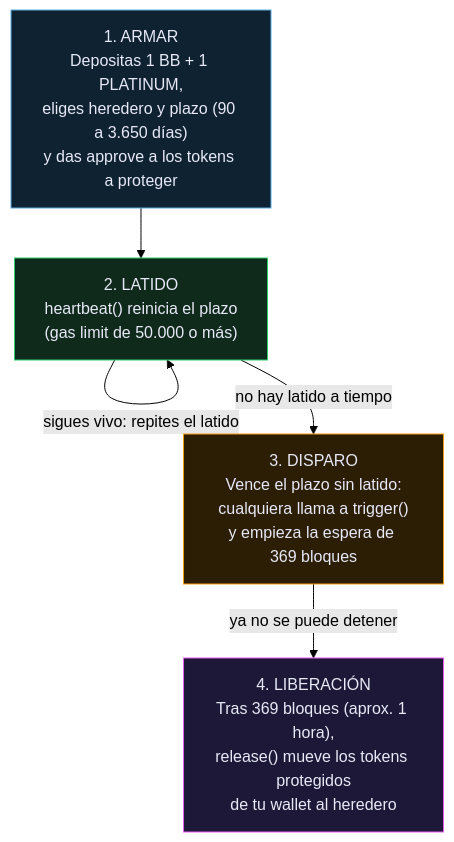
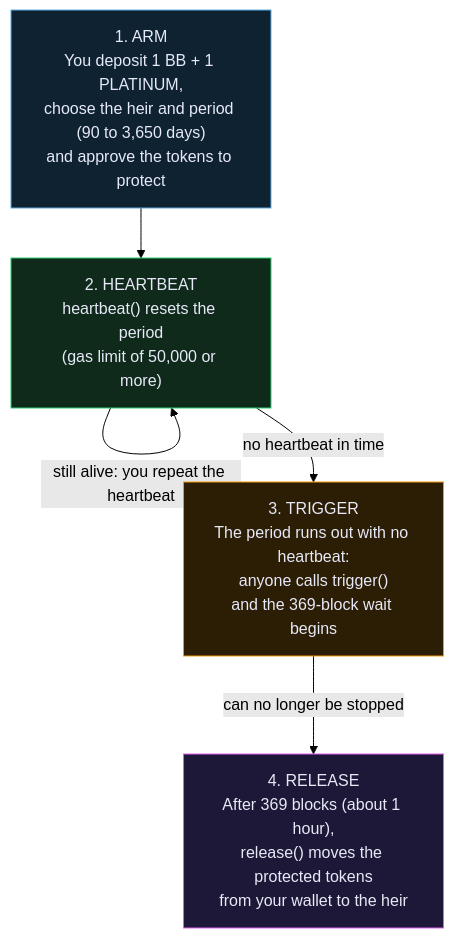
The diagram in assets/diagrams/platinum-switch.mmd (yvybitec-Bigbot/bigbot-project), drawn with Mermaid (forest theme) before and after one commit. The commit also changed 10 other files, not shown here.

Commit message:
Platinum: translate section, ecosystem map and security/review into English; re-render diagrams in English; add 3 illustrations (swap, dead man's switch, ecosystem) as WebP

```diff
--- a/assets/diagrams/platinum-switch.mmd
+++ b/assets/diagrams/platinum-switch.mmd
@@ -1,28 +1,28 @@
 flowchart TD
-  A["1. ARMAR
-Depositas 1 BB + 1 PLATINUM,
-eliges heredero y plazo (90 a 3.650 días)
-y das approve a los tokens a proteger"]
-  B["2. LATIDO
-heartbeat() reinicia el plazo
-(gas limit de 50.000 o más)"]
-  C["3. DISPARO
-Vence el plazo sin latido:
-cualquiera llama a trigger()
-y empieza la espera de 369 bloques"]
-  R["4. LIBERACIÓN
-Tras 369 bloques (aprox. 1 hora),
-release() mueve los tokens protegidos
-de tu wallet al heredero"]
+  A["1. ARM
+You deposit 1 BB + 1 PLATINUM,
+choose the heir and period (90 to 3,650 days)
+and approve the tokens to protect"]
+  B["2. HEARTBEAT
+heartbeat() resets the period
+(gas limit of 50,000 or more)"]
+  C["3. TRIGGER
+The period runs out with no heartbeat:
+anyone calls trigger()
+and the 369-block wait begins"]
+  R["4. RELEASE
+After 369 blocks (about 1 hour),
+release() moves the protected tokens
+from your wallet to the heir"]
   A --> B
-  B -- "sigues vivo: repites el latido" --> B
-  B -- "no hay latido a tiempo" --> C
-  C -- "ya no se puede detener" --> R
+  B -- "still alive: you repeat the heartbeat" --> B
+  B -- "no heartbeat in time" --> C
+  C -- "can no longer be stopped" --> R
   classDef arm fill:#0f2232,stroke:#5dade2,color:#e7e9f7
   classDef ok fill:#0f2a1b,stroke:#2ecc71,color:#e7e9f7
   classDef warn fill:#2c1d05,stroke:#f39c12,color:#e7e9f7
   classDef end1 fill:#1d1838,stroke:#e65bf0,color:#e7e9f7
   class A arm
   class B ok
   class C warn
   class R end1
```
